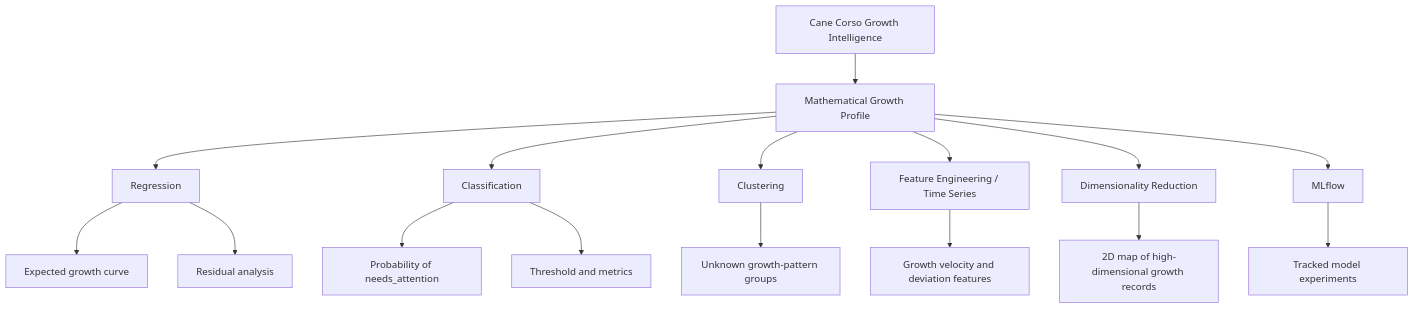
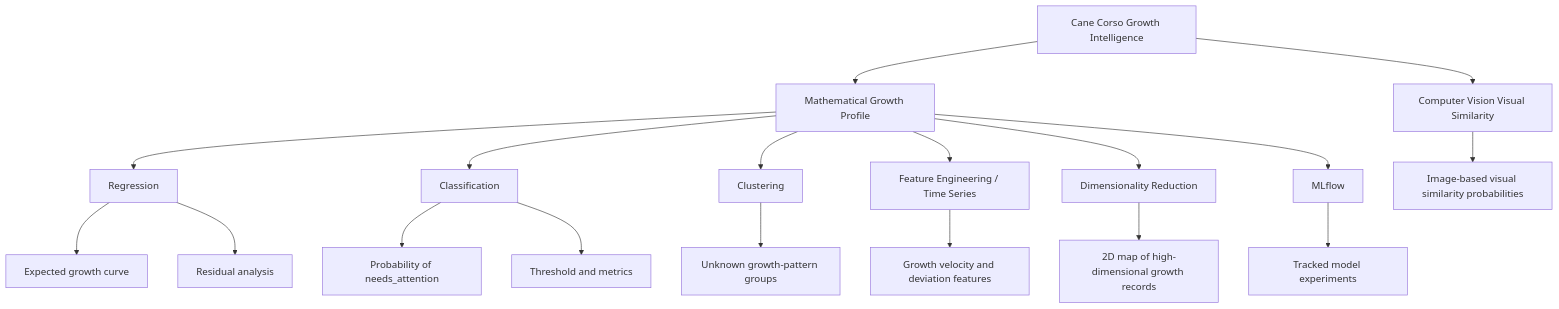
Before and after one commit to SATananov/cane-corso-growth-intelligence: the diagram in README.md, drawn with Mermaid. The commit also changed other lines of this file and 11 other files, not shown here.

Commit message:
Step 11 add computer vision visual similarity plan

````diff
--- a/README.md
+++ b/README.md
@@ -407,19 +449,21 @@
 ```mermaid
 flowchart TD
     A["Cane Corso Growth Intelligence"] --> P["Mathematical Growth Profile"]
     P --> B["Regression"]
     P --> C["Classification"]
     P --> D["Clustering"]
     P --> E["Feature Engineering / Time Series"]
     P --> F["Dimensionality Reduction"]
     P --> G["MLflow"]
+    A --> H["Computer Vision Visual Similarity"]
 
     B --> B1["Expected growth curve"]
     B --> B2["Residual analysis"]
     C --> C1["Probability of needs_attention"]
     C --> C2["Threshold and metrics"]
     D --> D1["Unknown growth-pattern groups"]
     E --> E1["Growth velocity and deviation features"]
     F --> F1["2D map of high-dimensional growth records"]
     G --> G1["Tracked model experiments"]
+    H --> H1["Image-based visual similarity probabilities"]
 ```
````
